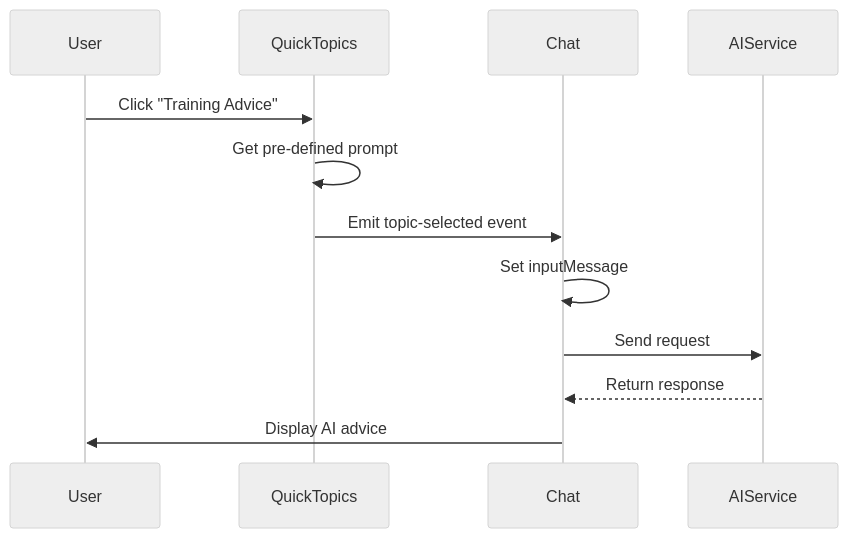
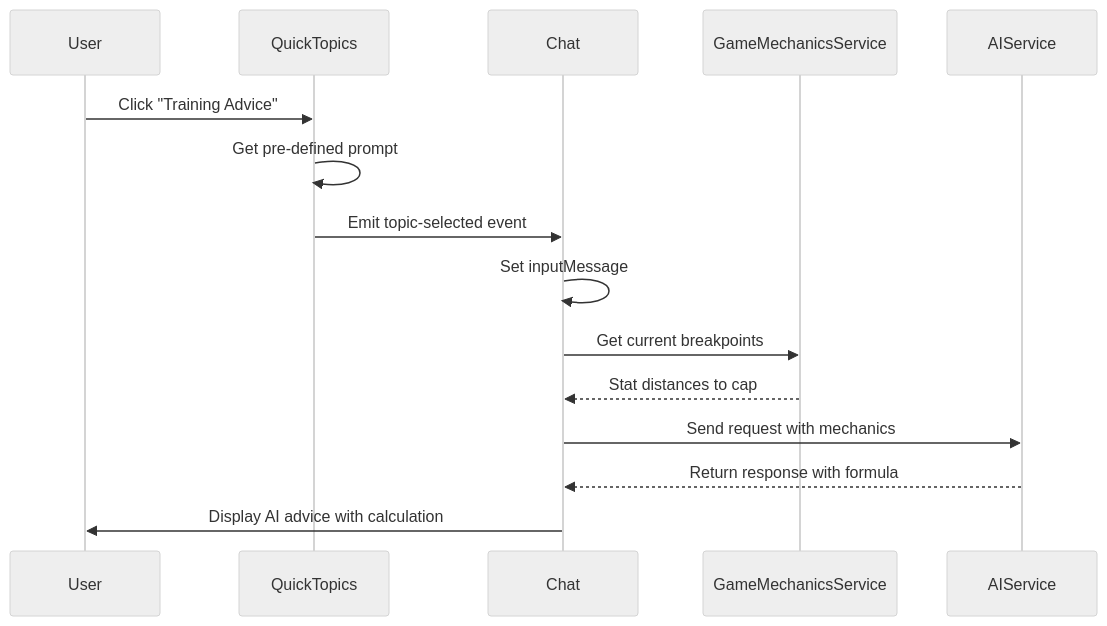
Before and after one commit to exatfrds67/umamusume-career-planner: the third of 4 diagrams in docs/01-wireframes/WF-012_AI_Advisor_Interface.md, drawn with Mermaid (neutral theme). The commit also changed other lines of this file and 313 other files, not shown here.

````diff
--- a/docs/01-wireframes/WF-012_AI_Advisor_Interface.md
+++ b/docs/01-wireframes/WF-012_AI_Advisor_Interface.md
@@ -820,15 +1204,18 @@
 ```mermaid
 sequenceDiagram
     participant User
     participant QuickTopics
     participant Chat
+    participant Mechanics as GameMechanicsService
     participant AIService
-    
+
     User->>QuickTopics: Click "Training Advice"
     QuickTopics->>QuickTopics: Get pre-defined prompt
     QuickTopics->>Chat: Emit topic-selected event
     Chat->>Chat: Set inputMessage
-    Chat->>AIService: Send request
-    AIService-->>Chat: Return response
-    Chat->>User: Display AI advice
+    Chat->>Mechanics: Get current breakpoints
+    Mechanics-->>Chat: Stat distances to cap
+    Chat->>AIService: Send request with mechanics
+    AIService-->>Chat: Return response with formula
+    Chat->>User: Display AI advice with calculation
 ```
````
